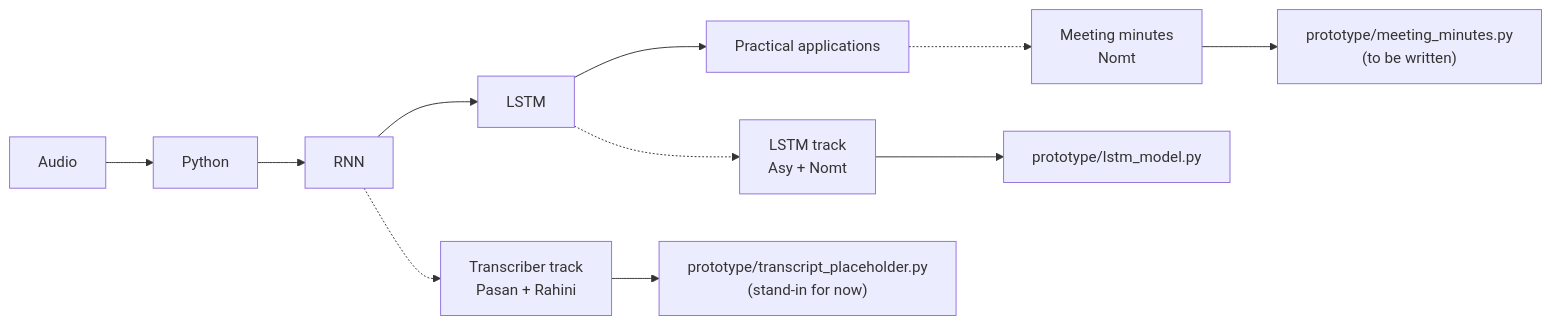
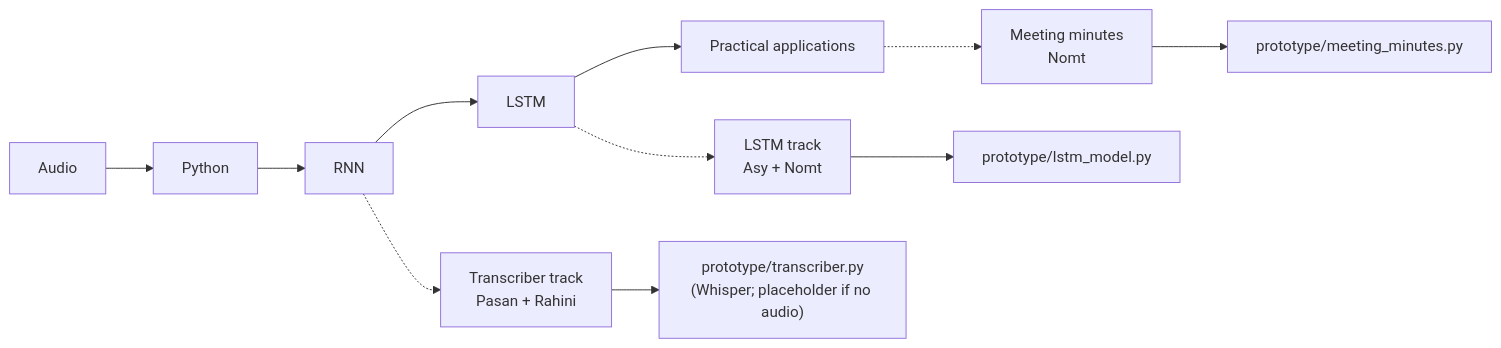
The first of 12 diagrams in README.md (Asyxddiq/mlda-audio-workshop), drawn with Mermaid before and after one commit. The commit also changed other lines of this file and 1 other file, not shown here.

````diff
--- a/README.md
+++ b/README.md
@@ -57,10 +66,10 @@
 ```mermaid
 flowchart LR
     A["Audio"] --> B["Python"] --> C["RNN"] --> D["LSTM"] --> E["Practical applications"]
     C -.-> T1["Transcriber track<br/>Pasan + Rahini"]
     D -.-> T2["LSTM track<br/>Asy + Nomt"]
     E -.-> T3["Meeting minutes<br/>Nomt"]
-    T1 --> P1["prototype/transcript_placeholder.py<br/>(stand-in for now)"]
+    T1 --> P1["prototype/transcriber.py<br/>(Whisper; placeholder if no audio)"]
     T2 --> P2["prototype/lstm_model.py"]
-    T3 --> P3["prototype/meeting_minutes.py<br/>(to be written)"]
+    T3 --> P3["prototype/meeting_minutes.py"]
 ```
````
